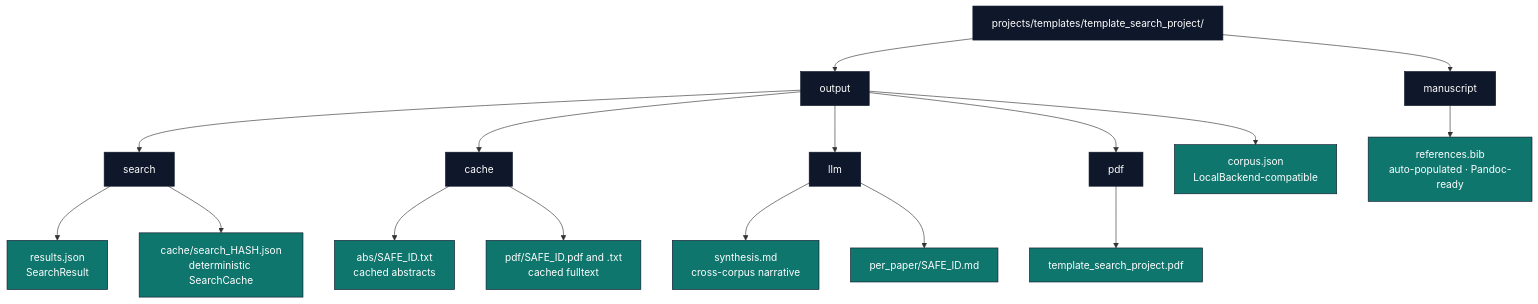
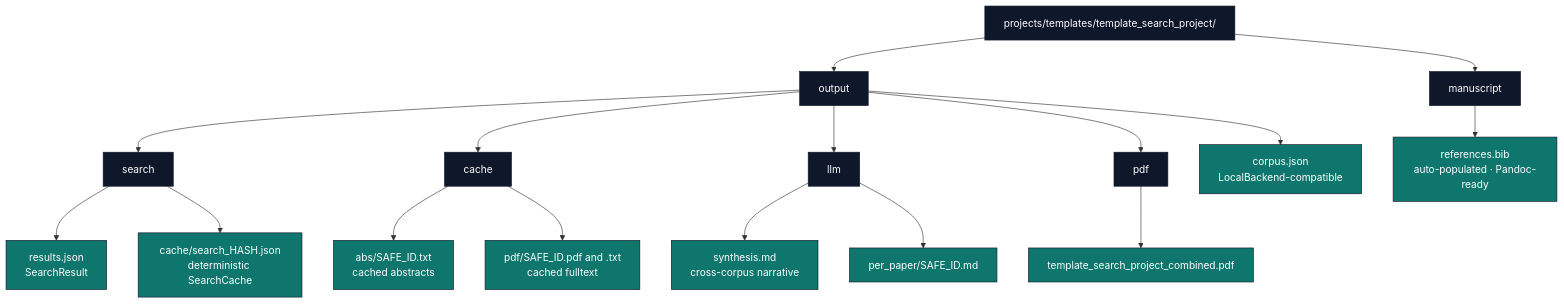
One commit to docxology/template changed the second of 2 diagrams in docs/core/literature-data-flow.md. Above: the diagram before and after it, drawn with Mermaid. The commit also changed other lines of this file and 82 other files, not shown here.

````diff
--- a/docs/core/literature-data-flow.md
+++ b/docs/core/literature-data-flow.md
@@ -53,30 +53,30 @@
 ```mermaid
 flowchart TB
     PROJ[projects/templates/template_search_project/]
     PROJ --> OUTPUT[output]
     PROJ --> MANUSCRIPT[manuscript]
 
     OUTPUT --> SEARCH[search]
     OUTPUT --> CACHE[cache]
     OUTPUT --> LLM_DIR[llm]
     OUTPUT --> PDF_DIR[pdf]
     OUTPUT --> CORPUS_F[corpus.json<br/>LocalBackend-compatible]
 
     SEARCH --> RES_F[results.json<br/>SearchResult]
     SEARCH --> SC[cache/search_HASH.json<br/>deterministic SearchCache]
 
     CACHE --> ABS_DIR[abs/SAFE_ID.txt<br/>cached abstracts]
     CACHE --> PDF_CACHE[pdf/SAFE_ID.pdf and .txt<br/>cached fulltext]
 
     LLM_DIR --> SYNTH[synthesis.md<br/>cross-corpus narrative]
     LLM_DIR --> PER_PAPER[per_paper/SAFE_ID.md]
 
-    PDF_DIR --> FINAL[template_search_project.pdf]
+    PDF_DIR --> FINAL[template_search_project_combined.pdf]
 
     MANUSCRIPT --> BIBF[references.bib<br/>auto-populated · Pandoc-ready]
 
     classDef dir fill:#0f172a,stroke:#0f172a,color:#fff
     classDef file fill:#0f766e,stroke:#0f172a,color:#fff
     class PROJ,OUTPUT,MANUSCRIPT,SEARCH,CACHE,LLM_DIR,PDF_DIR dir
     class CORPUS_F,RES_F,SC,ABS_DIR,PDF_CACHE,SYNTH,PER_PAPER,FINAL,BIBF file
 ```
````
